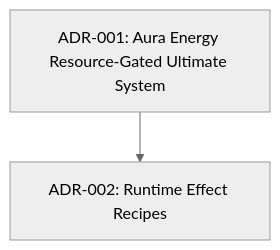
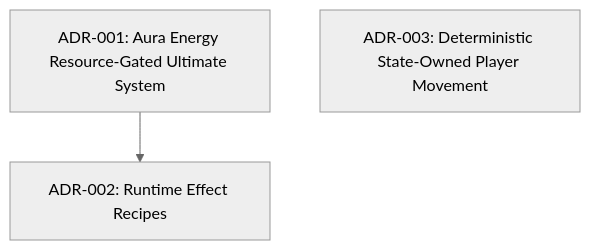
One commit to NattaponKhuenkeaw/Thesis_ changed the diagram in Docs_JJK/3_Outputs/ADRs/README.md. Above: the diagram before and after it, drawn with Mermaid (neutral theme). The commit also changed other lines of this file and 70 other files, not shown here.

Commit message:
fix(player): finalize movement and runtime effect behavior

````diff
--- a/Docs_JJK/3_Outputs/ADRs/README.md
+++ b/Docs_JJK/3_Outputs/ADRs/README.md
@@ -7,6 +7,7 @@
 ```mermaid
 graph TD
     ADR001["ADR-001: Aura Energy Resource-Gated Ultimate System"]
     ADR002["ADR-002: Runtime Effect Recipes"]
+    ADR003["ADR-003: Deterministic State-Owned Player Movement"]
     ADR001 --> ADR002
 ```
````
